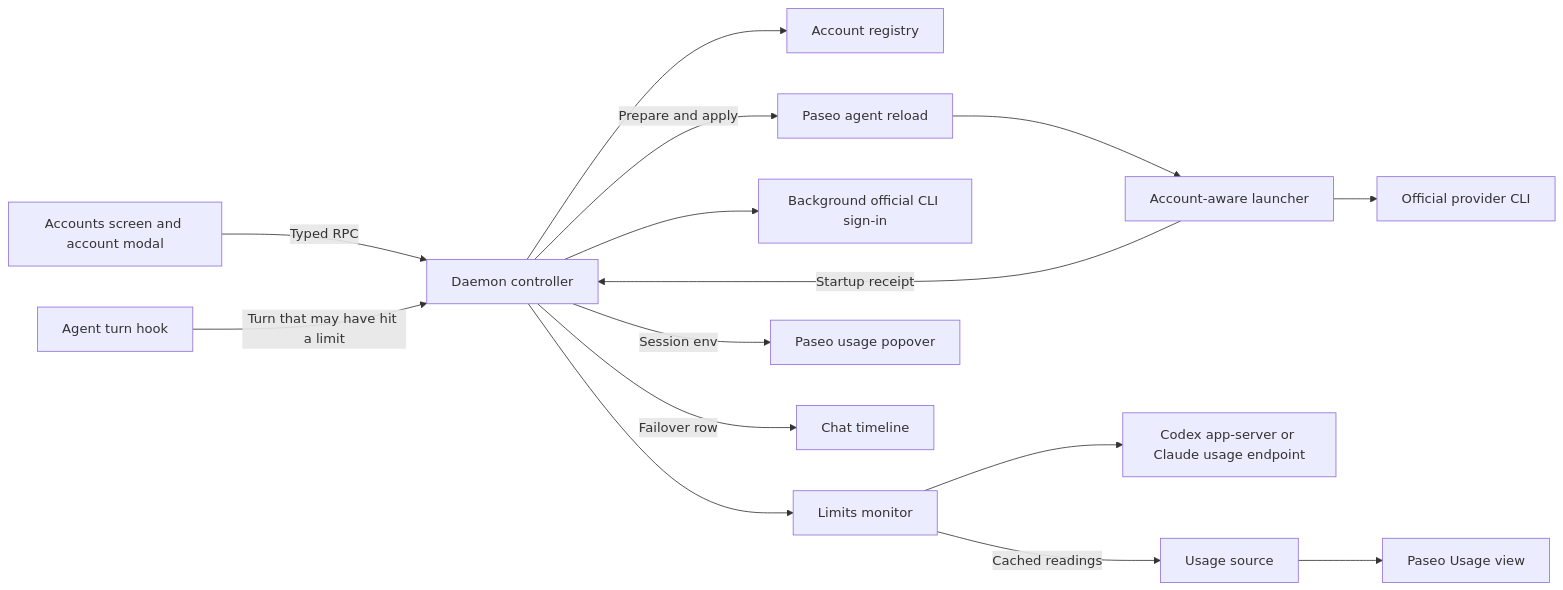
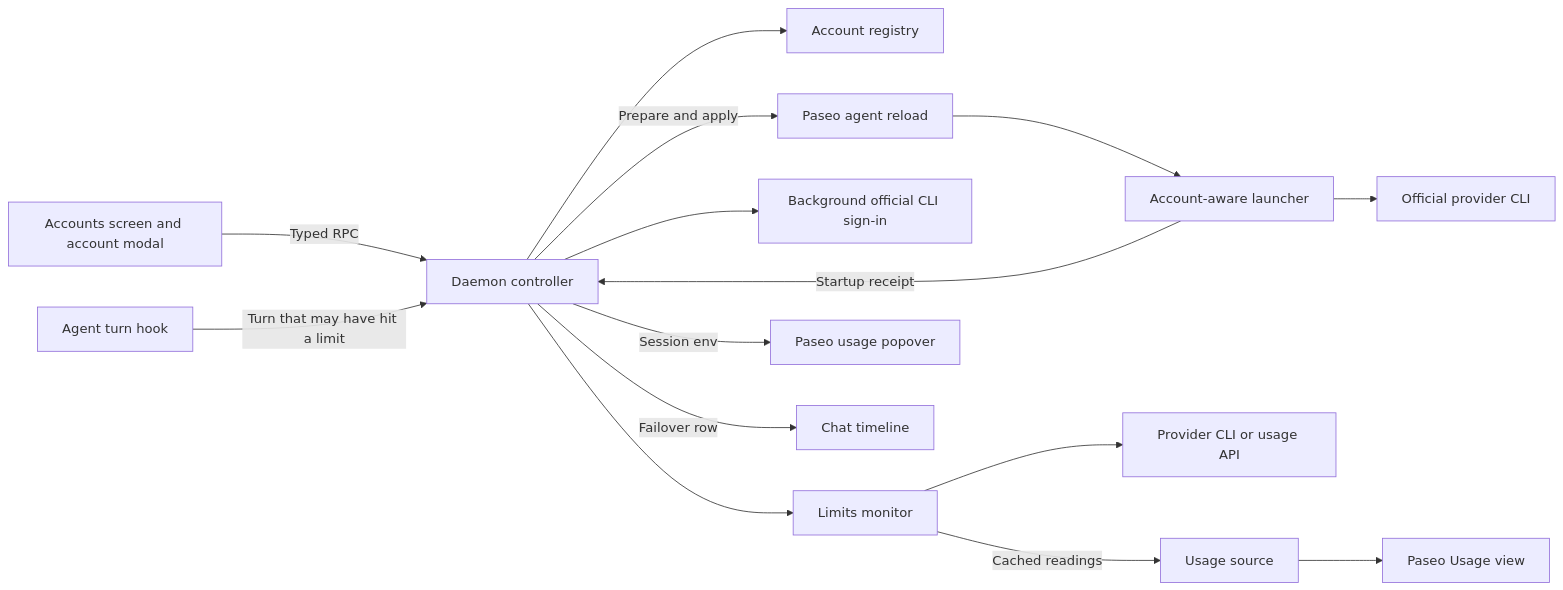
One commit to dutchakdev/paseo-plugin-account-switcher changed the first of 3 diagrams in docs/architecture.md. Above: the diagram before and after it, drawn with Mermaid. The commit also changed other lines of this file and 27 other files, not shown here.

````diff
--- a/docs/architecture.md
+++ b/docs/architecture.md
@@ -7,17 +7,17 @@
 ```mermaid
 flowchart LR
   UI[Accounts screen and account modal] -->|Typed RPC| Controller[Daemon controller]
   Controller --> Registry[Account registry]
   Controller -->|Prepare and apply| Reload[Paseo agent reload]
   Reload --> Launcher[Account-aware launcher]
   Launcher --> CLI[Official provider CLI]
   Launcher -->|Startup receipt| Controller
   Controller --> Login[Background official CLI sign-in]
   Controller --> Monitor[Limits monitor]
-  Monitor --> Native[Codex app-server or Claude usage endpoint]
+  Monitor --> Native[Provider CLI or usage API]
   Monitor -->|Cached readings| Source[Usage source]
   Source --> PaseoUsage[Paseo Usage view]
   Controller -->|Session env| PaseoPopover[Paseo usage popover]
   Hooks[Agent turn hook] -->|Turn that may have hit a limit| Controller
   Controller -->|Failover row| Chat[Chat timeline]
 ```
````
